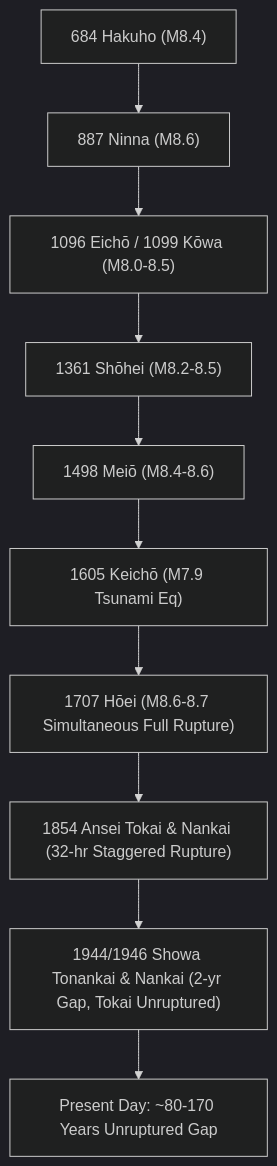
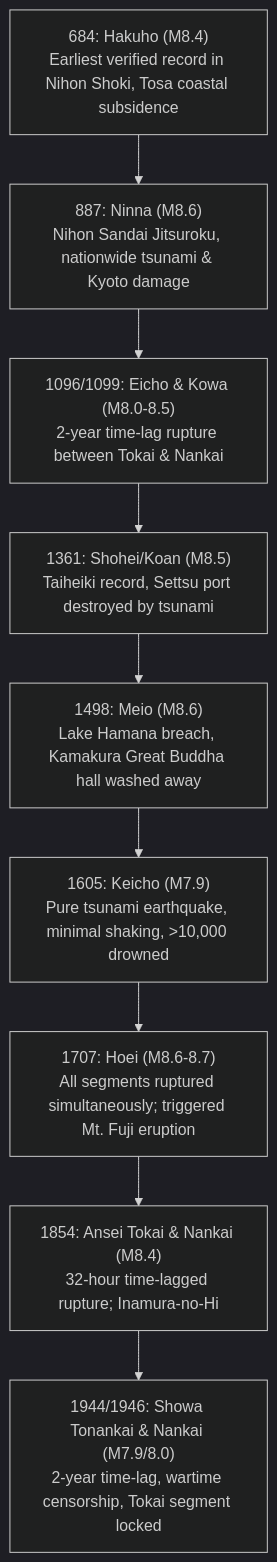
The third of 11 diagrams in content/post/nankai-trough-megathrust-earthquake-scientific-guide-disaster-prevention/index.en.md (kenjinote/blog), drawn with Mermaid (dark theme) before and after one commit. The commit also changed other lines of this file and 12 other files, not shown here.

Commit message:
docs: expand Nankai Trough megathrust guide to full 10-chapter depth across all 12 languages and fix markdown bold spacing

````diff
--- a/content/post/nankai-trough-megathrust-earthquake-scientific-guide-disaster-prevention/index.en.md
+++ b/content/post/nankai-trough-megathrust-earthquake-scientific-guide-disaster-prevention/index.en.md
@@ -78,12 +106,11 @@
 ```mermaid
 flowchart TD
-    H684["684 Hakuho (M8.4)"] --> H887["887 Ninna (M8.6)"]
-    H887 --> H1096["1096 Eichō / 1099 Kōwa (M8.0-8.5)"]
-    H1096 --> H1361["1361 Shōhei (M8.2-8.5)"]
-    H1361 --> H1498["1498 Meiō (M8.4-8.6)"]
-    H1498 --> H1605["1605 Keichō (M7.9 Tsunami Eq)"]
-    H1605 --> H1707["1707 Hōei (M8.6-8.7 Simultaneous Full Rupture)"]
-    H1707 --> H1854["1854 Ansei Tokai & Nankai (32-hr Staggered Rupture)"]
-    H1854 --> H1944["1944/1946 Showa Tonankai & Nankai (2-yr Gap, Tokai Unruptured)"]
-    H1944 --> PRESENT["Present Day: ~80-170 Years Unruptured Gap"]
+    H684["684: Hakuho (M8.4)<br/>Earliest verified record in Nihon Shoki, Tosa coastal subsidence"] --> H887["887: Ninna (M8.6)<br/>Nihon Sandai Jitsuroku, nationwide tsunami & Kyoto damage"]
+    H887 --> H1096["1096/1099: Eicho & Kowa (M8.0-8.5)<br/>2-year time-lag rupture between Tokai & Nankai"]
+    H1096 --> H1361["1361: Shohei/Koan (M8.5)<br/>Taiheiki record, Settsu port destroyed by tsunami"]
+    H1361 --> H1498["1498: Meio (M8.6)<br/>Lake Hamana breach, Kamakura Great Buddha hall washed away"]
+    H1498 --> H1605["1605: Keicho (M7.9)<br/>Pure tsunami earthquake, minimal shaking, >10,000 drowned"]
+    H1605 --> H1707["1707: Hoei (M8.6-8.7)<br/>All segments ruptured simultaneously; triggered Mt. Fuji eruption"]
+    H1707 --> H1854["1854: Ansei Tokai & Nankai (M8.4)<br/>32-hour time-lagged rupture; Inamura-no-Hi"]
+    H1854 --> H1944["1944/1946: Showa Tonankai & Nankai (M7.9/8.0)<br/>2-year time-lag, wartime censorship, Tokai segment locked"]
 ```
````
